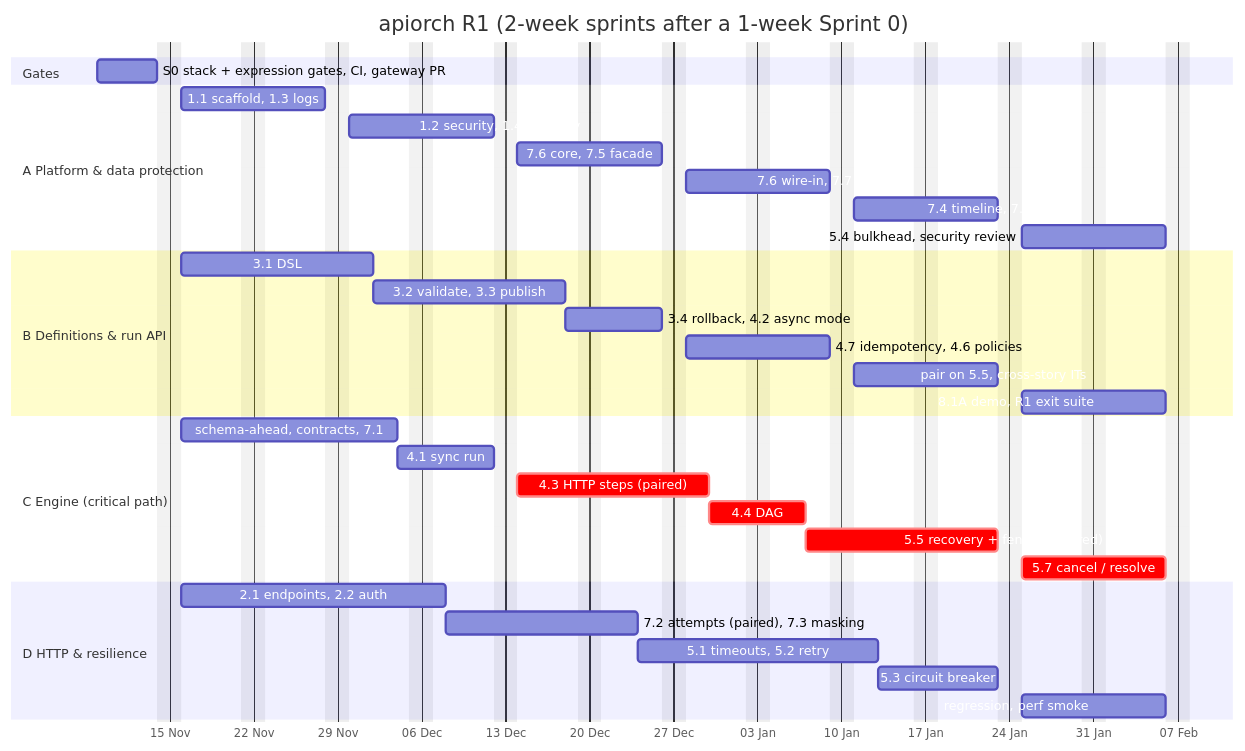
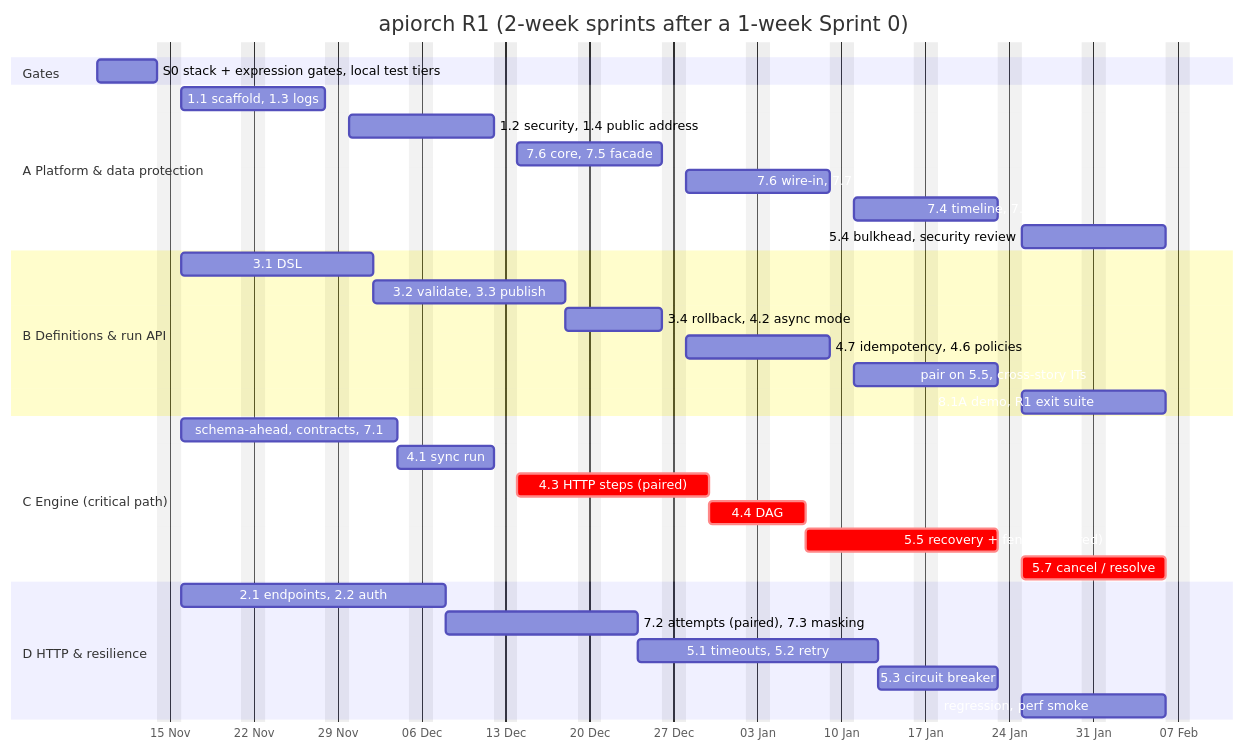
Before and after one commit to sarvesh-belose/api-pipeline: the second of 2 diagrams in docs/R1-implementation-plan.md, drawn with Mermaid. The commit also changed other lines of this file and 19 other files, not shown here.

````diff
--- a/docs/R1-implementation-plan.md
+++ b/docs/R1-implementation-plan.md
@@ -146,36 +146,36 @@
 ```mermaid
 gantt
   title apiorch R1 (2-week sprints after a 1-week Sprint 0)
   dateFormat  YYYY-MM-DD
   axisFormat  %d %b
   excludes    weekends
   section Gates
-  S0 stack + expression gates, CI, gateway PR :s0, 2026-11-09, 5d
+  S0 stack + expression gates, local test tiers :s0, 2026-11-09, 5d
   section A Platform & data protection
   1.1 scaffold, 1.3 logs            :a1, after s0, 10d
-  1.2 security, 1.4 gateway          :a2, after a1, 10d
+  1.2 security, 1.4 public address   :a2, after a1, 10d
   7.6 core, 7.5 facade               :a3, after a2, 10d
   7.6 wire-in, 7.7 caller log        :a4, after a3, 10d
   7.4 timeline, 7.5 meters           :a5, after a4, 10d
   5.4 bulkhead, security review      :a6, after a5, 10d
   section B Definitions & run API
   3.1 DSL                            :b1, after s0, 12d
   3.2 validate, 3.3 publish          :b2, after b1, 12d
   3.4 rollback, 4.2 async mode       :b3, after b2, 6d
   4.7 idempotency, 4.6 policies      :b4, after b3, 10d
   pair on 5.5, cross-story ITs       :b5, after b4, 10d
   8.1A demo, R1 exit suite           :b6, after b5, 10d
   section C Engine (critical path)
   schema-ahead, contracts, 7.1       :c1, after s0, 14d
   4.1 sync run                       :c2, after c1, 6d
   4.3 HTTP steps (paired)            :crit, c3, after c2, 12d
   4.4 DAG                            :crit, c4, after c3, 6d
   5.5 recovery + fencing (paired)    :crit, c5, after c4, 12d
   5.7 cancel / resolve               :crit, c6, after c5, 10d
   section D HTTP & resilience
   2.1 endpoints, 2.2 auth            :d1, after s0, 16d
   7.2 attempts (paired), 7.3 masking :d2, after d1, 12d
   5.1 timeouts, 5.2 retry            :d3, after d2, 14d
   5.3 circuit breaker                :d4, after d3, 8d
   regression, perf smoke             :d5, after d4, 10d
 ```
````
